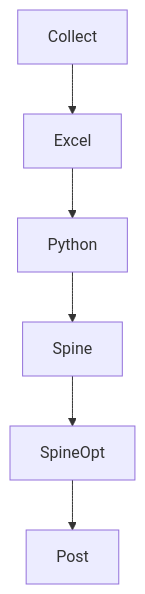
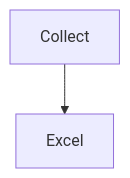
Before and after one commit to tbaptistal/MORPHE2US: the diagram in docs/1_about.md, drawn with Mermaid.

````diff
--- a/docs/1_about.md
+++ b/docs/1_about.md
@@ -34,19 +34,10 @@
 ```{mermaid}
 flowchart TD
-
 
     A[Collect]
 
     B[Excel]
 
-    C[Python]
-
-    D[Spine]
-
-    E[SpineOpt]
-
-    F[Post]
-
-    A --> B --> C --> D --> E --> F
+    A --> B
 
 ```
````
